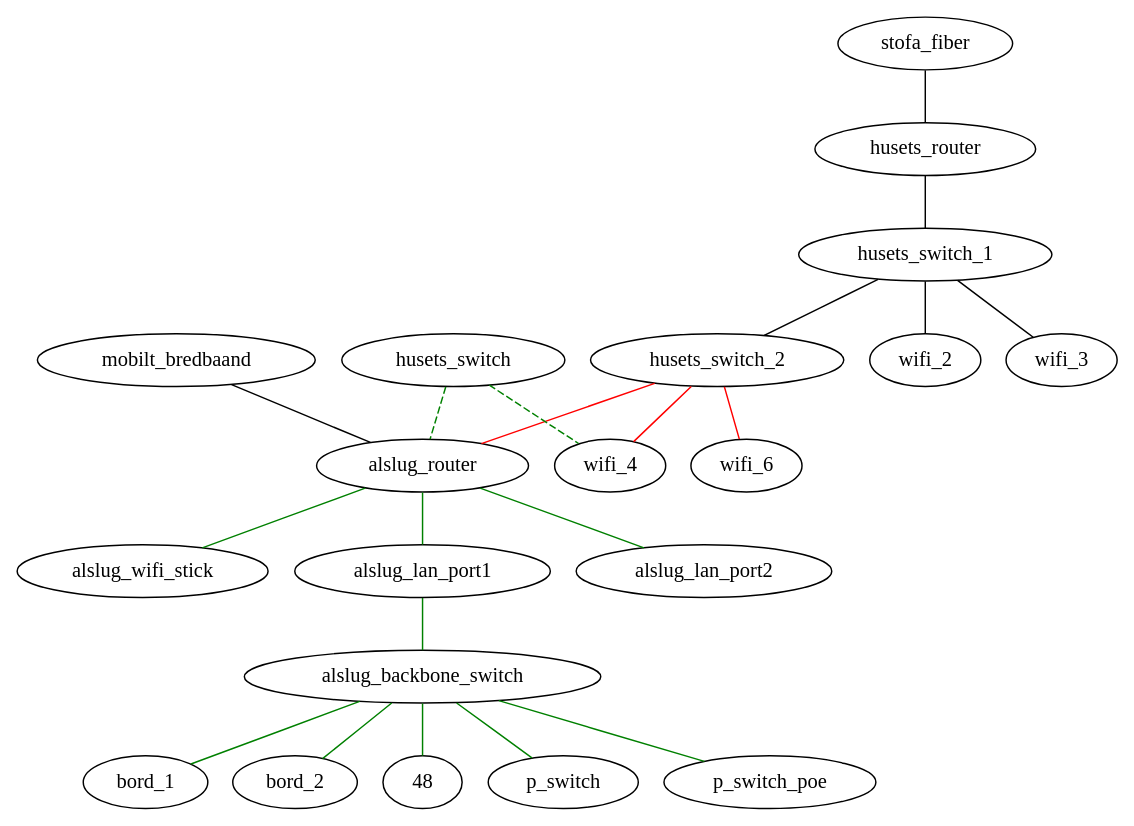
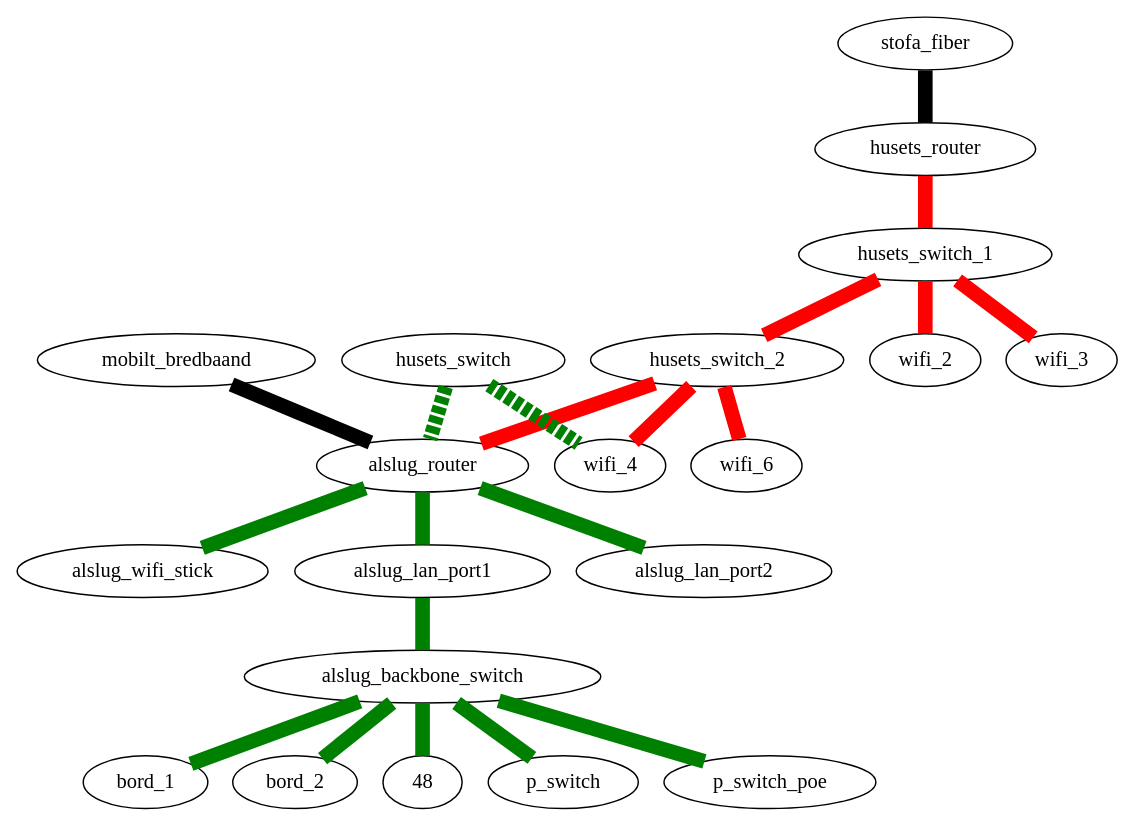
Before and after one commit to alslug/alslug.dk: the diagram in projekter/network.dot, drawn with Graphviz.

```diff
--- a/projekter/network.dot
+++ b/projekter/network.dot
@@ -1,19 +1,21 @@
 digraph xxx {
-  edge [ dir=none ];
+  edge [ dir=none penwidth=10 ];
   
   // Internet forbindelser
-  stofa_fiber -> husets_router;
-  mobilt_bredbaand -> alslug_router;
+  stofa_fiber      -> husets_router [ fillcolor=black style=filled ];
+  mobilt_bredbaand -> alslug_router [ fillcolor=black style=filled ];
   
   // Husets forbindelser
+  edge  [ color=red style=solid ];
   husets_router -> husets_switch_1 -> { husets_switch_2 wifi_2 wifi_3 };
-  husets_switch_2 -> { wifi_4 wifi_6 alslug_router} [ color=red weigth=10 ];
+  husets_switch_2 -> { wifi_4 wifi_6 alslug_router};
 
   // VLAN forbindelser over bakkensbros netværk
-  husets_switch -> { alslug_router wifi_4 } [ color=green style=dashed ];
+  edge  [ color=green style=dashed ];
+  husets_switch -> { alslug_router wifi_4 };
   
   // Interne forbindelser
-  edge [ color=green weight=10 ];
+  edge [ color=green style=solid ];
   alslug_router -> { alslug_wifi_stick alslug_lan_port1 alslug_lan_port2 };
   alslug_lan_port1 -> alslug_backbone_switch -> { bord_1 bord_2 48p_switch 48p_switch_poe }
 }
```
